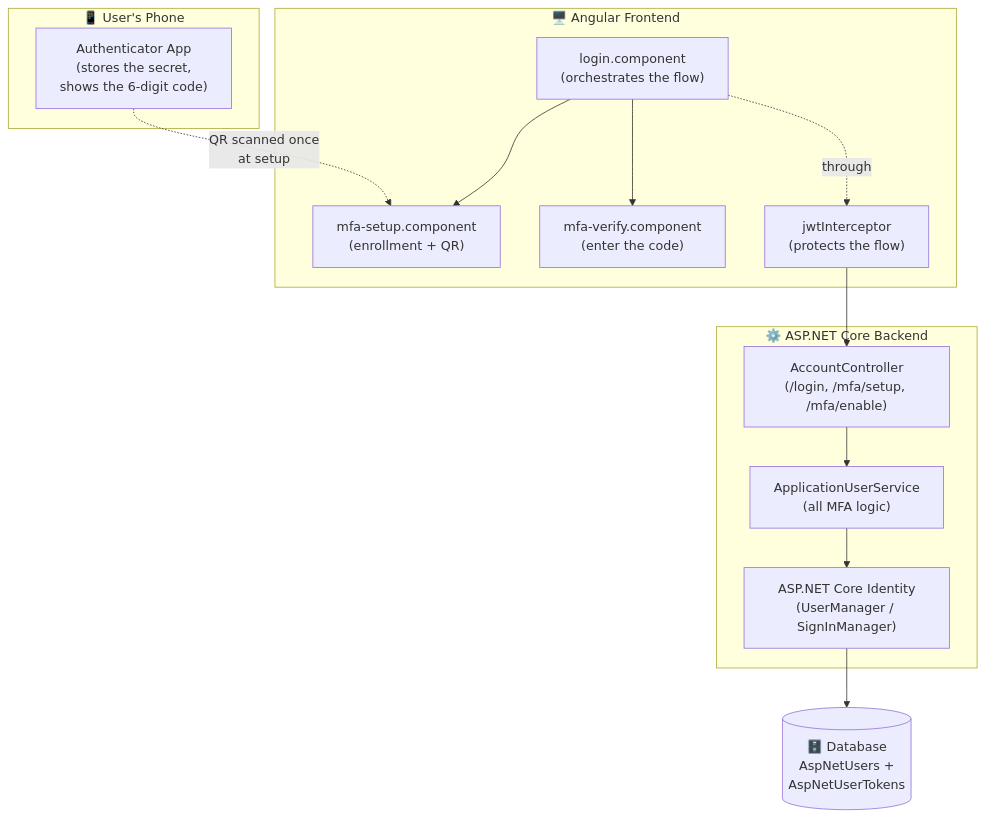
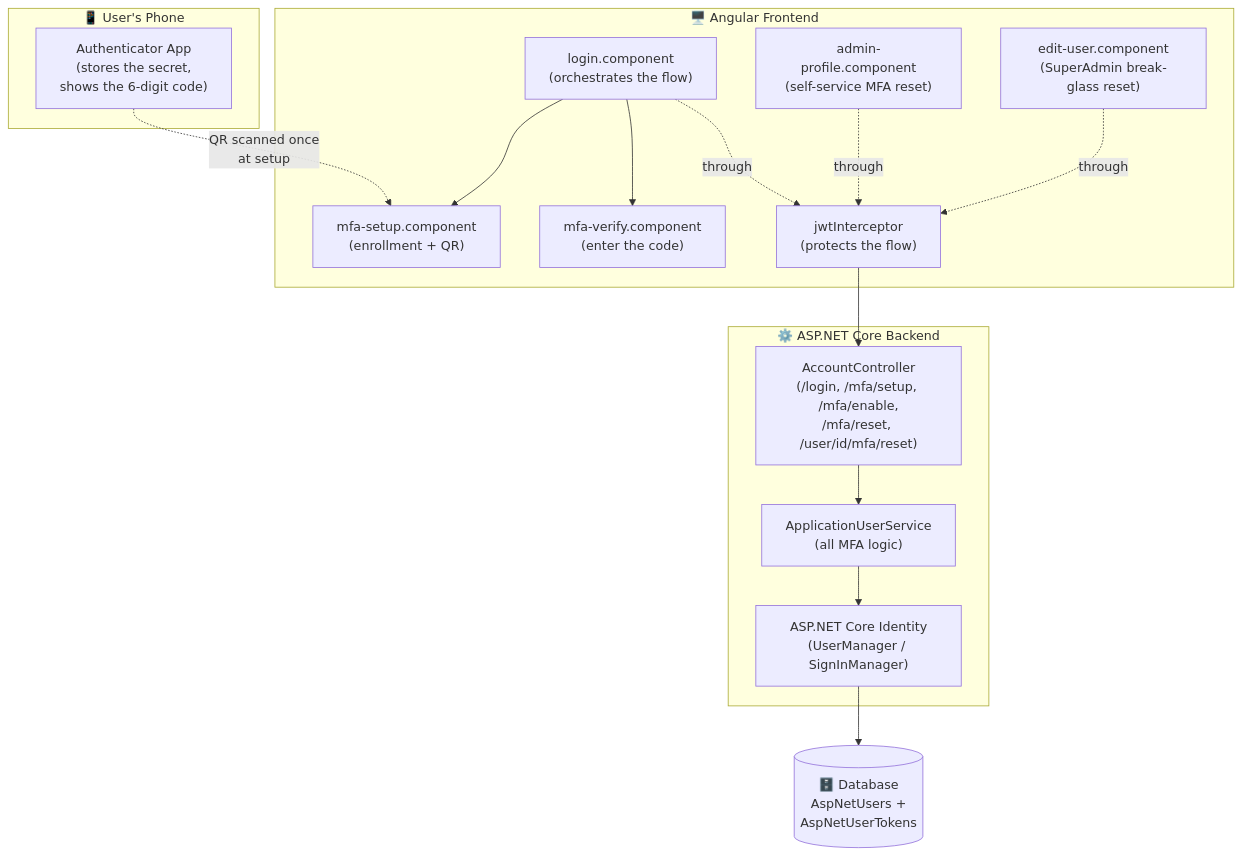
Before and after one commit to jahanalem/LinkedIn2GitHub: the first of 15 diagrams in 0054_LiliShop-Security-02-MFA.md, drawn with Mermaid. The commit also changed other lines of this file, not shown here.

````diff
--- a/0054_LiliShop-Security-02-MFA.md
+++ b/0054_LiliShop-Security-02-MFA.md
@@ -142,30 +156,34 @@
 ```mermaid
 flowchart TB
     subgraph Phone["📱 User's Phone"]
         App["Authenticator App<br/>(stores the secret,<br/>shows the 6-digit code)"]
     end
 
     subgraph Frontend["🖥️ Angular Frontend"]
         Login["login.component<br/>(orchestrates the flow)"]
         Setup["mfa-setup.component<br/>(enrollment + QR)"]
         Verify["mfa-verify.component<br/>(enter the code)"]
+        Profile["admin-profile.component<br/>(self-service MFA reset)"]
+        EditUser["edit-user.component<br/>(SuperAdmin break-glass reset)"]
         Interceptor["jwtInterceptor<br/>(protects the flow)"]
     end
 
     subgraph Backend["⚙️ ASP.NET Core Backend"]
-        Controller["AccountController<br/>(/login, /mfa/setup, /mfa/enable)"]
+        Controller["AccountController<br/>(/login, /mfa/setup, /mfa/enable,<br/>/mfa/reset, /user/id/mfa/reset)"]
         Service["ApplicationUserService<br/>(all MFA logic)"]
         Identity["ASP.NET Core Identity<br/>(UserManager / SignInManager)"]
     end
 
     DB[("🗄️ Database<br/>AspNetUsers +<br/>AspNetUserTokens")]
 
     Login --> Setup
     Login --> Verify
     Login -.through.-> Interceptor
+    Profile -.through.-> Interceptor
+    EditUser -.through.-> Interceptor
     Interceptor --> Controller
     Controller --> Service
     Service --> Identity
     Identity --> DB
     App -.QR scanned once<br/>at setup.-> Setup
 ```
````
